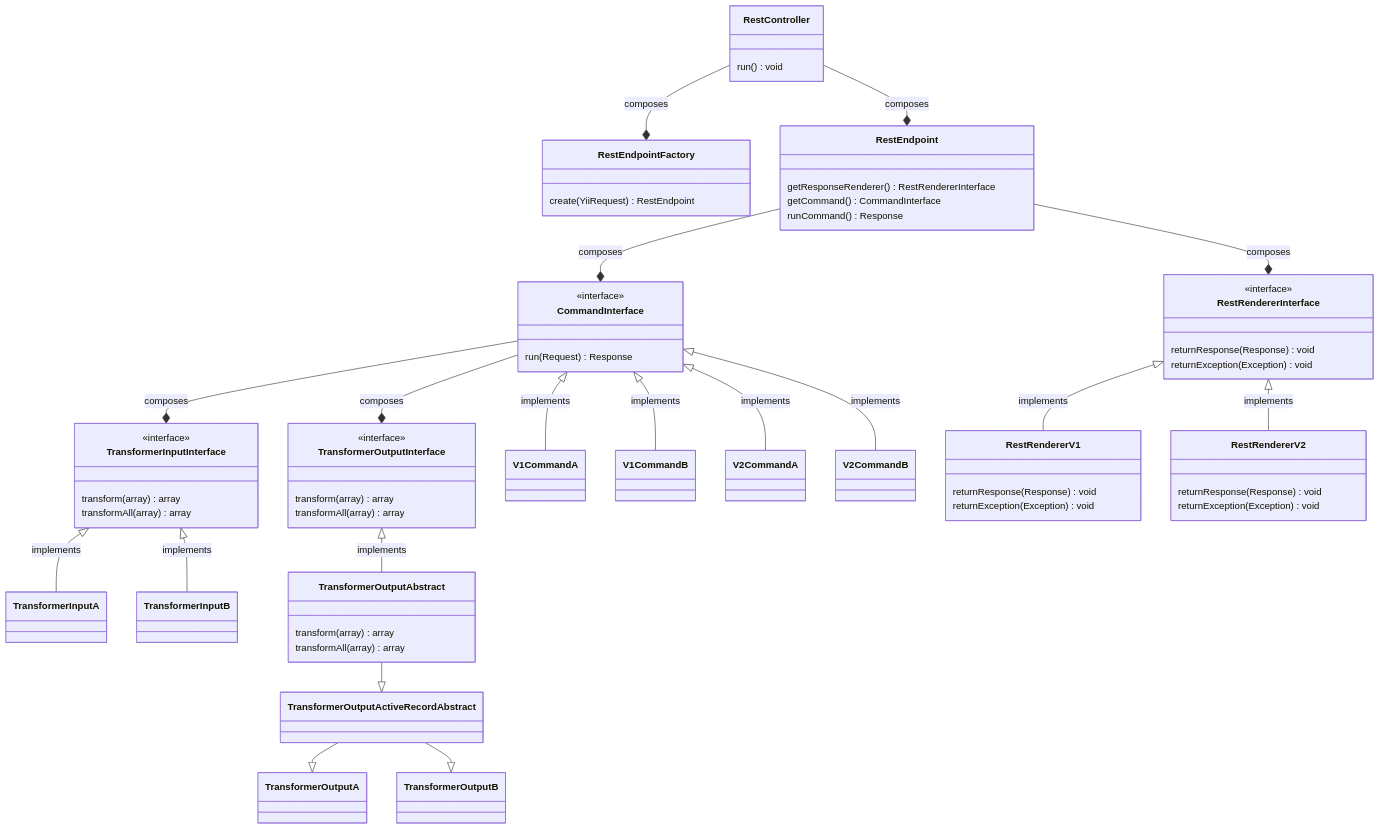
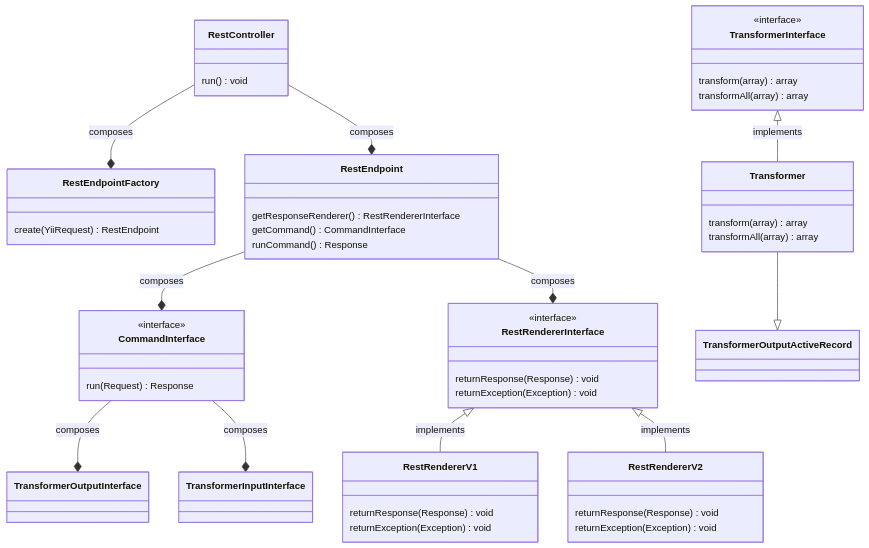
One commit to LimeSurvey/LimeSurvey changed the diagram in docs/mermaid/rest-api.mermaid. Above: the diagram before and after it, drawn with Mermaid.

Commit message:
Update REST mermaid docs

```diff
--- a/docs/mermaid/rest-api.mermaid
+++ b/docs/mermaid/rest-api.mermaid
@@ -1,80 +1,52 @@
 classDiagram
 
 class RestController
 RestController --* RestEndpointFactory : composes
 RestController --* RestEndpoint : composes
 RestController : run() void
 
 class RestEndpointFactory
 RestEndpointFactory : create(YiiRequest) RestEndpoint
 
 class RestEndpoint
 RestEndpoint --* CommandInterface : composes
 RestEndpoint --* RestRendererInterface : composes
 RestEndpoint : getResponseRenderer() RestRendererInterface
 RestEndpoint : getCommand() CommandInterface
 RestEndpoint : runCommand() Response
 
 class CommandInterface
 <<interface>> CommandInterface
 CommandInterface --* TransformerOutputInterface : composes
 CommandInterface --* TransformerInputInterface : composes
 CommandInterface : run(Request) Response
 
-class V1CommandA
-CommandInterface <|-- V1CommandA : implements
-
-class V1CommandB
-CommandInterface <|-- V1CommandB : implements
-
-class V2CommandA
-CommandInterface <|-- V2CommandA : implements
-
-class V2CommandB
-CommandInterface <|-- V2CommandB : implements
-
 
 class RestRendererInterface
 <<interface>> RestRendererInterface
 RestRendererInterface : returnResponse(Response) void
 RestRendererInterface : returnException(Exception) void
 
 class RestRendererV1
 RestRendererInterface <|-- RestRendererV1 : implements
 RestRendererV1 : returnResponse(Response) void
 RestRendererV1 : returnException(Exception) void
 
 class RestRendererV2
 RestRendererInterface <|-- RestRendererV2 : implements
 RestRendererV2 : returnResponse(Response) void
 RestRendererV2 : returnException(Exception) void
 
-class TransformerOutputInterface
-<<interface>> TransformerOutputInterface
-TransformerOutputInterface : transform(array) array
-TransformerOutputInterface : transformAll(array) array
+class TransformerInterface
+<<interface>> TransformerInterface
+TransformerInterface : transform(array) array
+TransformerInterface : transformAll(array) array
 
-class TransformerInputInterface
-<<interface>> TransformerInputInterface
-TransformerInputInterface : transform(array) array
-TransformerInputInterface : transformAll(array) array
 
-class TransformerInputA
-TransformerInputInterface <|-- TransformerInputA : implements
+class Transformer
+TransformerInterface <|-- Transformer : implements
+Transformer : transform(array) array
+Transformer : transformAll(array) array
 
-class TransformerInputB
-TransformerInputInterface <|-- TransformerInputB : implements
-
-class TransformerOutputAbstract
-TransformerOutputInterface <|-- TransformerOutputAbstract : implements
-TransformerOutputAbstract : transform(array) array
-TransformerOutputAbstract : transformAll(array) array
-
-class TransformerOutputActiveRecordAbstract
-TransformerOutputAbstract --|> TransformerOutputActiveRecordAbstract
-
-class TransformerOutputA
-TransformerOutputActiveRecordAbstract --|> TransformerOutputA
-
-class TransformerOutputB
-TransformerOutputActiveRecordAbstract --|> TransformerOutputB
+class TransformerOutputActiveRecord
+Transformer --|> TransformerOutputActiveRecord
```
